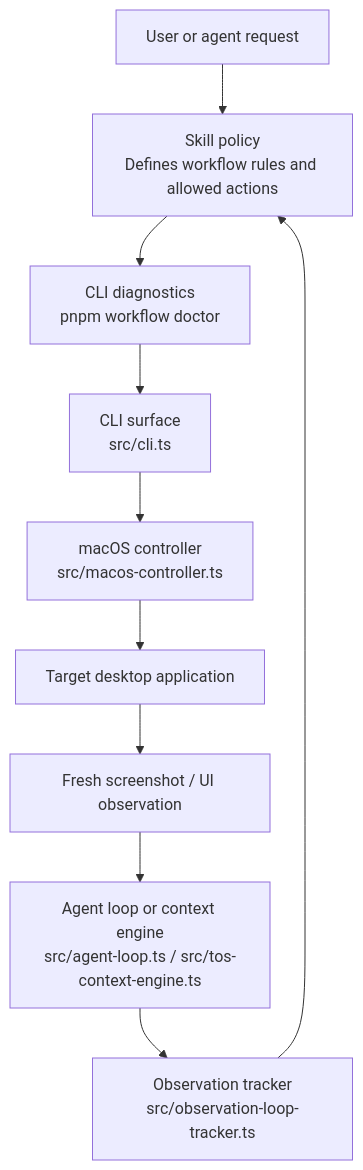
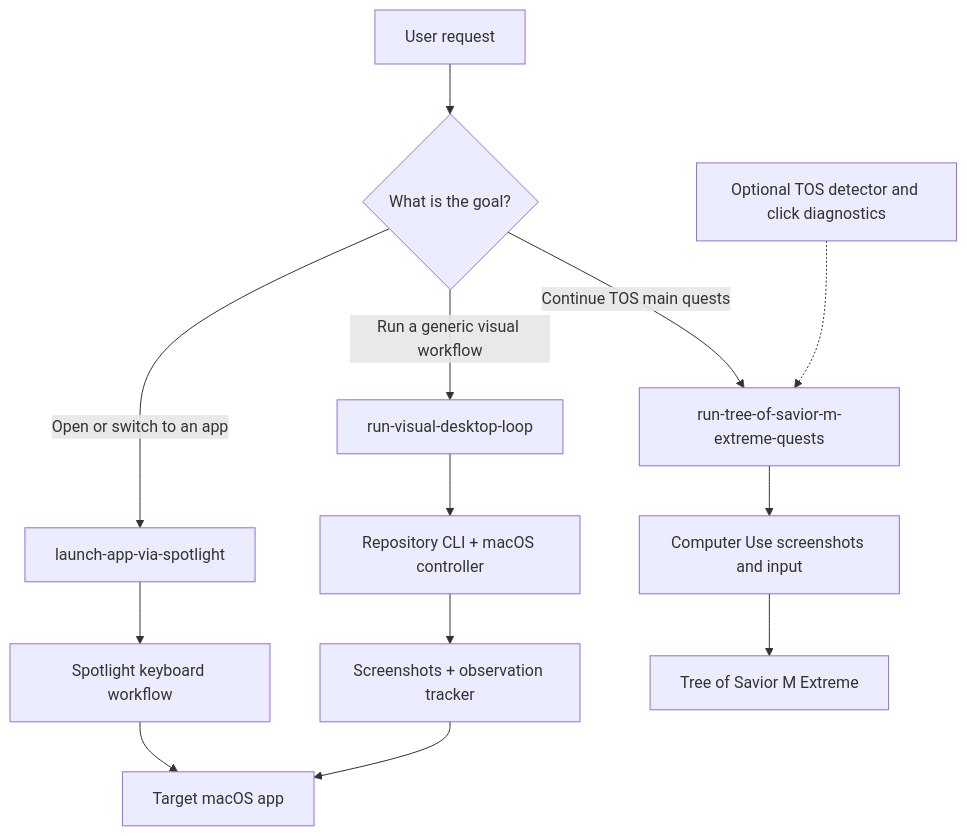
Before and after one commit to xsodus/desktop-ai-loop-engineering: the diagram in README.md, drawn with Mermaid. The commit also changed other lines of this file, not shown here.

Commit message:
docs: clarify how workflow skills compose

````diff
--- a/README.md
+++ b/README.md
@@ -63,12 +65,18 @@
 ```mermaid
 flowchart TD
-    U["User or agent request"] --> S["Skill policy<br/>Defines workflow rules and allowed actions"]
-    S --> D["CLI diagnostics<br/>pnpm workflow doctor"]
-    D --> C["CLI surface<br/>src/cli.ts"]
-    C --> M["macOS controller<br/>src/macos-controller.ts"]
-    M --> A["Target desktop application"]
-    A --> O["Fresh screenshot / UI observation"]
-    O --> L["Agent loop or context engine<br/>src/agent-loop.ts / src/tos-context-engine.ts"]
-    L --> T["Observation tracker<br/>src/observation-loop-tracker.ts"]
-    T --> S
+    U["User request"] --> R{"What is the goal?"}
+    R -->|"Open or switch to an app"| S1["launch-app-via-spotlight"]
+    R -->|"Run a generic visual workflow"| S2["run-visual-desktop-loop"]
+    R -->|"Continue TOS main quests"| S3["run-tree-of-savior-m-extreme-quests"]
+
+    S1 --> K["Spotlight keyboard workflow"]
+    S2 --> C["Repository CLI + macOS controller"]
+    C --> L["Screenshots + observation tracker"]
+    S3 --> CUA["Computer Use screenshots and input"]
+
+    K --> A["Target macOS app"]
+    L --> A
+    CUA --> G["Tree of Savior M Extreme"]
+
+    D["Optional TOS detector and click diagnostics"] -.-> S3
 ```
````
